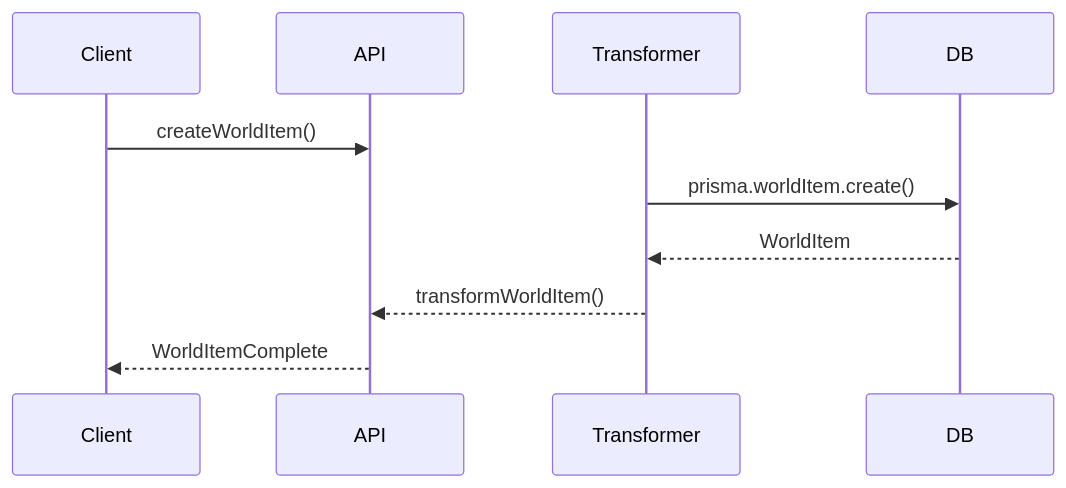
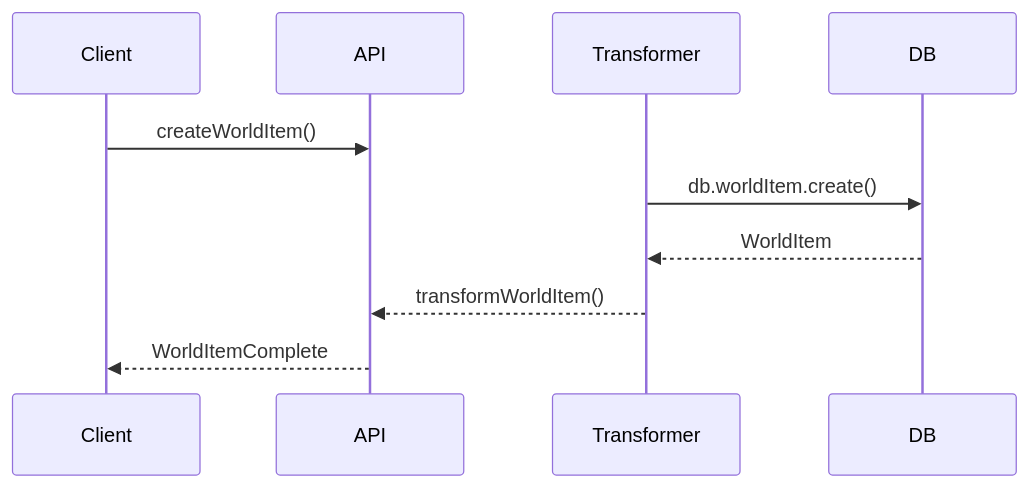
The second of 2 diagrams in src/types/entities/world-item/documentation.md (gvastethecreator/media-manager), drawn with Mermaid before and after one commit. The commit also changed 185 other files, not shown here.

````diff
--- a/src/types/entities/world-item/documentation.md
+++ b/src/types/entities/world-item/documentation.md
@@ -62,13 +62,13 @@
 ```mermaid
 sequenceDiagram
     participant Client
     participant API
     participant Transformer
     participant DB
     Client->>API: createWorldItem()
     
-    Transformer->>DB: prisma.worldItem.create()
+    Transformer->>DB: db.worldItem.create()
     DB-->>Transformer: WorldItem
     Transformer-->>API: transformWorldItem()
     API-->>Client: WorldItemComplete
 ```
````
